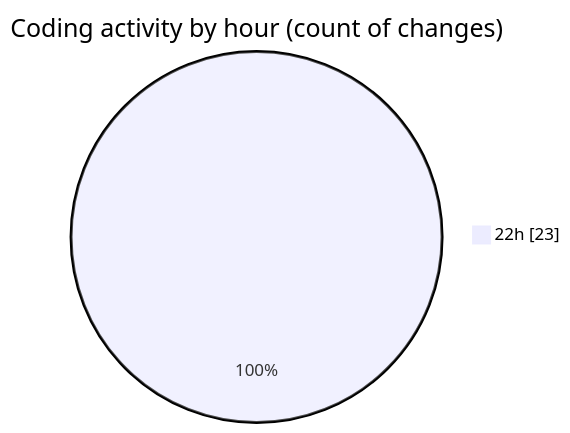
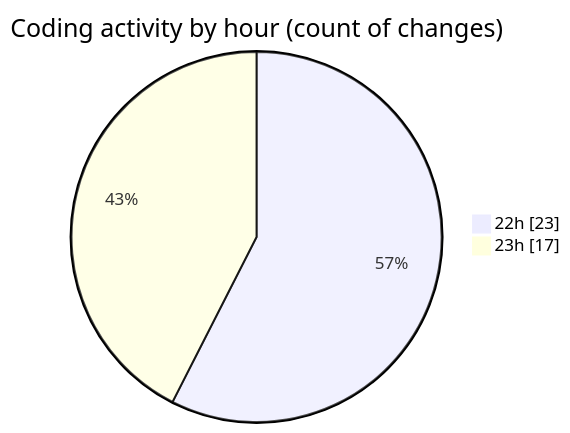
Before and after one commit to Ritupan-Deka/code-tracking: the second of 2 diagrams in 2025-10-08/url-shortener/README.md, drawn with Mermaid. The commit also changed other lines of this file and 1 other file, not shown here.

````diff
--- a/2025-10-08/url-shortener/README.md
+++ b/2025-10-08/url-shortener/README.md
@@ -30,5 +30,6 @@
 ```mermaid
 pie showData
 title Coding activity by hour (count of changes)
 "22h" : 23
+"23h" : 17
 ```
````
